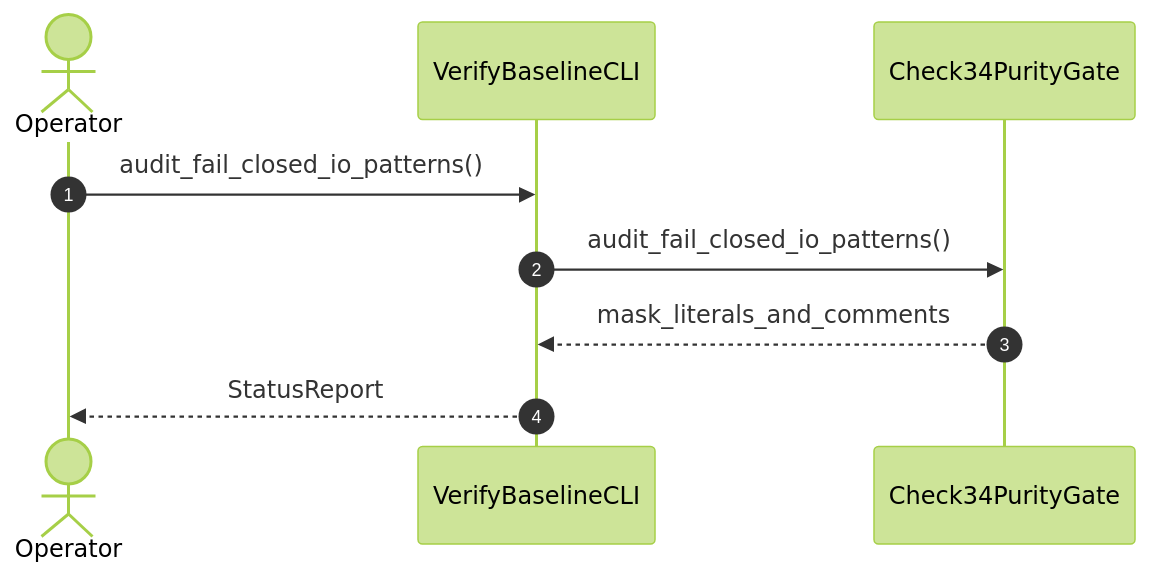
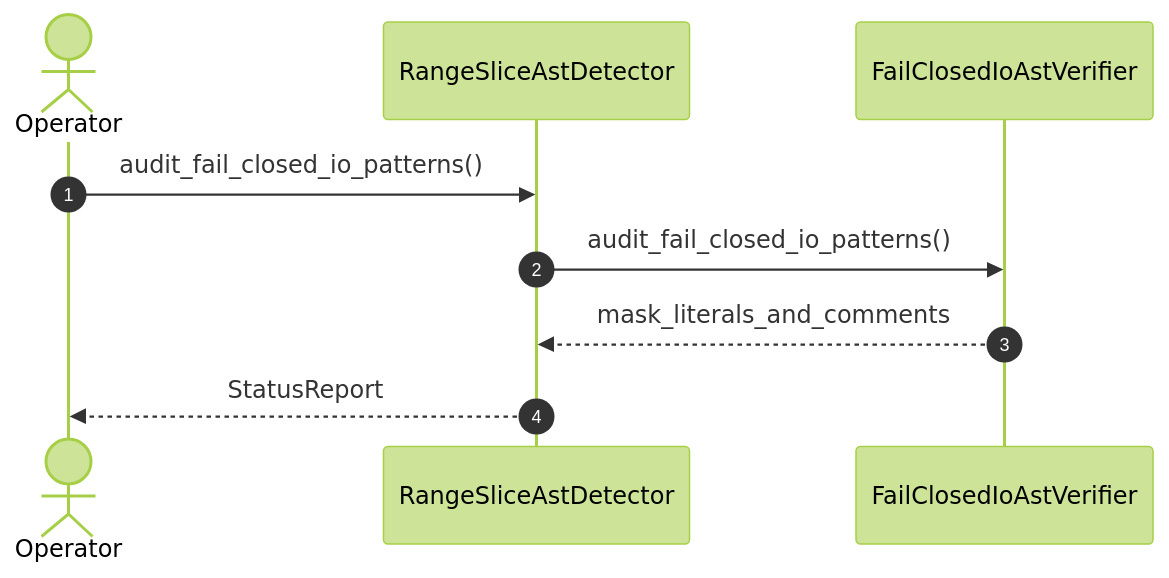
The diagram in .pipeline/upstream/docs/user-stories/US-10-audit_fail_closed_io_patterns.md (gintatkinson/DEAP01-spec-core), drawn with Mermaid (forest theme) before and after one commit. The commit also changed other lines of this file and 179 other files, not shown here.

Commit message:
fix(compiler): remediate upstream specification forward projection, diagram synthesis, and GitHub blob URL resolution

````diff
--- a/.pipeline/upstream/docs/user-stories/US-10-audit_fail_closed_io_patterns.md
+++ b/.pipeline/upstream/docs/user-stories/US-10-audit_fail_closed_io_patterns.md
@@ -16,11 +16,11 @@
 ```mermaid
 sequenceDiagram
     autonumber
     actor Operator
-    participant VerifyBaselineCLI
-    participant Check34PurityGate
-    Operator->>VerifyBaselineCLI: audit_fail_closed_io_patterns()
-    VerifyBaselineCLI->>Check34PurityGate: audit_fail_closed_io_patterns()
-    Check34PurityGate-->>VerifyBaselineCLI: mask_literals_and_comments
-    VerifyBaselineCLI-->>Operator: StatusReport
+    participant RangeSliceAstDetector
+    participant FailClosedIoAstVerifier
+    Operator->>RangeSliceAstDetector: audit_fail_closed_io_patterns()
+    RangeSliceAstDetector->>FailClosedIoAstVerifier: audit_fail_closed_io_patterns()
+    FailClosedIoAstVerifier-->>RangeSliceAstDetector: mask_literals_and_comments
+    RangeSliceAstDetector-->>Operator: StatusReport
 ```
````
